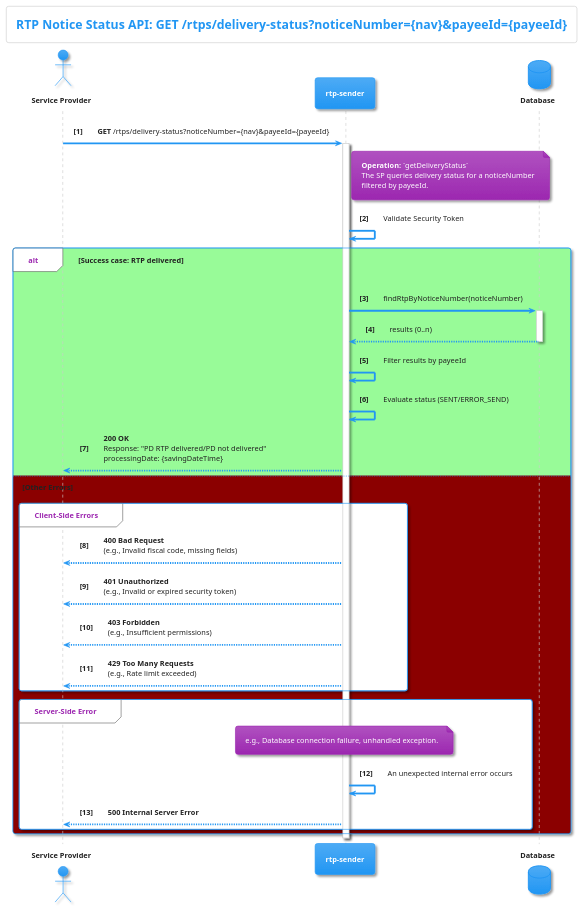
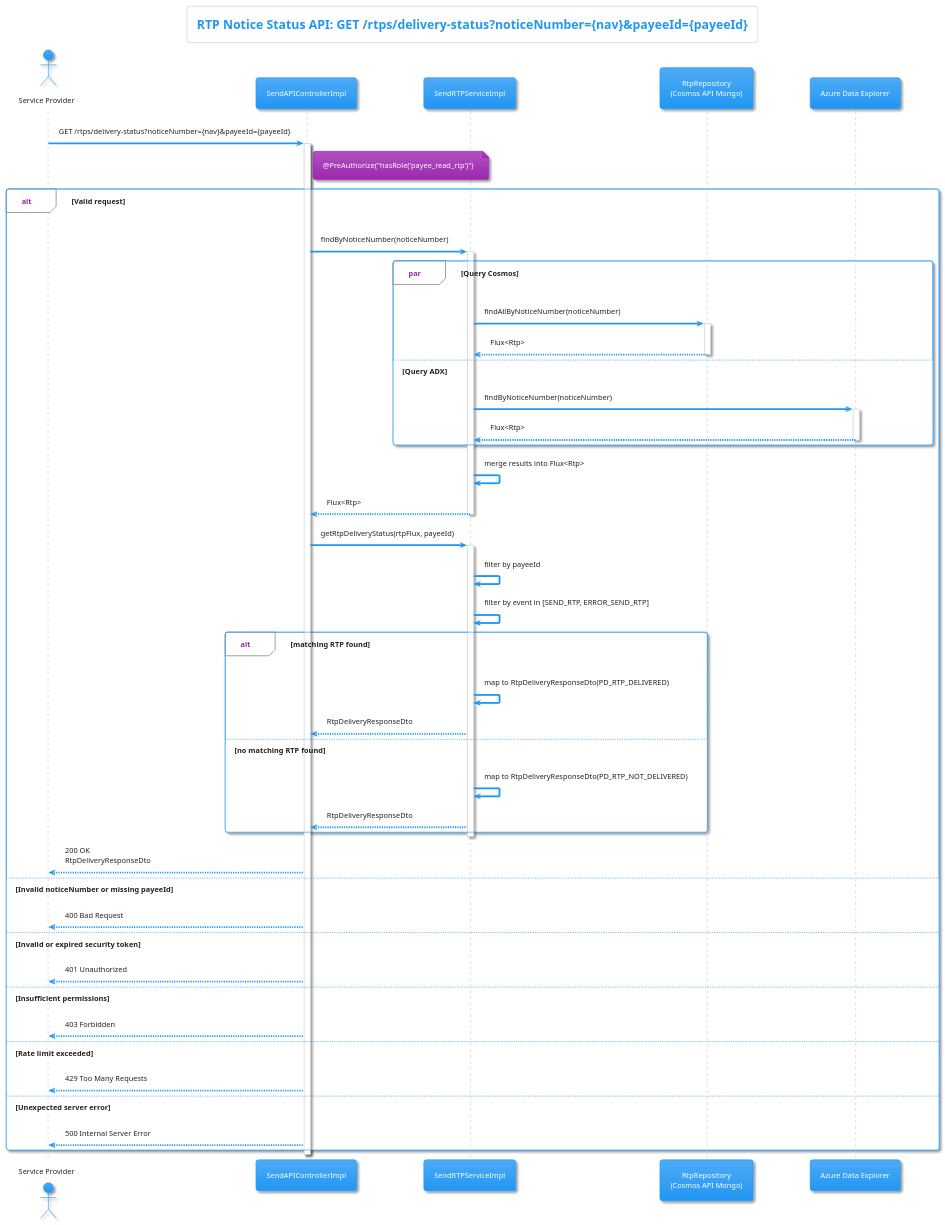
The diagram in diagrams/get-delivery-status.puml (pagopa/rtp-docs), drawn with PlantUML before and after one commit. The commit also changed 3 other files, not shown here.

First line of the commit message:
feat: [SRTP-1674] update dr azure data explorer (#41)

```diff
--- a/diagrams/get-delivery-status.puml
+++ b/diagrams/get-delivery-status.puml
@@ -1,60 +1,73 @@
 @startuml
-' PlantUML Diagram for GET Delivery Status API
-' Title: RTP Delivery Status Sequence Diagram
-' Version: 1.0.0
-' Description: GET /rtps/delivery-status?noticeNumber={nav}&payeeId={payeeId}
-'              Returns delivery status + RTP processing date (send date)
 
 !theme materia
 
 title RTP Notice Status API: GET /rtps/delivery-status?noticeNumber={nav}&payeeId={payeeId}
 
-actor "**Service Provider**" as SP
-participant "**rtp-sender**" as RS
-database "**Database**" as DB
+actor "Service Provider" as Client
+participant "SendAPIControllerImpl" as Controller
+participant "SendRTPServiceImpl" as Service
+participant "RtpRepository\n(Cosmos API Mongo)" as Repository
+participant "Azure Data Explorer" as ADX
 
-autonumber "<b>[0]"
+Client -> Controller : GET /rtps/delivery-status?noticeNumber={nav}&payeeId={payeeId}
+activate Controller
+note right of Controller : @PreAuthorize("hasRole('payee_read_rtp')")
 
-SP -> RS: **GET** /rtps/delivery-status?noticeNumber={nav}&payeeId={payeeId}
-activate RS
+alt Valid request
 
-note right of RS
-  **Operation:** `getDeliveryStatus`
-  The SP queries delivery status for a noticeNumber
-  filtered by payeeId.
-end note
+    Controller -> Service : findByNoticeNumber(noticeNumber)
+    activate Service
 
-RS -> RS: Validate Security Token
+    par Query Cosmos
+        Service -> Repository : findAllByNoticeNumber(noticeNumber)
+        activate Repository
+        Repository --> Service : Flux<Rtp>
+        deactivate Repository
+    else Query ADX
+        Service -> ADX : findByNoticeNumber(noticeNumber)
+        activate ADX
+        ADX --> Service : Flux<Rtp>
+        deactivate ADX
+    end
 
-alt #palegreen **Success case: RTP delivered**
+    Service -> Service : merge results into Flux<Rtp>
+    Service --> Controller : Flux<Rtp>
+    deactivate Service
 
-    RS -> DB: findRtpByNoticeNumber(noticeNumber)
-    activate DB
-    DB --> RS: results (0..n)
-    deactivate DB
+    Controller -> Service : getRtpDeliveryStatus(rtpFlux, payeeId)
+    activate Service
+    Service -> Service : filter by payeeId
+    Service -> Service : filter by event in [SEND_RTP, ERROR_SEND_RTP]
 
-    RS -> RS: Filter results by payeeId
-    RS -> RS: Evaluate status (SENT/ERROR_SEND)
+    alt matching RTP found
+        Service -> Service : map to RtpDeliveryResponseDto(PD_RTP_DELIVERED)
+        Service --> Controller : RtpDeliveryResponseDto
+    else no matching RTP found
+        Service -> Service : map to RtpDeliveryResponseDto(PD_RTP_NOT_DELIVERED)
+        Service --> Controller : RtpDeliveryResponseDto
+    end
 
-    RS --> SP: **200 OK**\nResponse: "PD RTP delivered/PD not delivered"\nprocessingDate: {savingDateTime}
+    deactivate Service
+    Controller --> Client : 200 OK\nRtpDeliveryResponseDto
 
-else #darkred **Other Errors**
+else Invalid noticeNumber or missing payeeId
+    Controller --> Client : 400 Bad Request
 
-    group Client-Side Errors
-        RS --> SP: **400 Bad Request**\n(e.g., Invalid fiscal code, missing fields)
-        RS --> SP: **401 Unauthorized**\n(e.g., Invalid or expired security token)
-        RS --> SP: **403 Forbidden**\n(e.g., Insufficient permissions)
-        RS --> SP: **429 Too Many Requests**\n(e.g., Rate limit exceeded)
-    end group
+else Invalid or expired security token
+    Controller --> Client : 401 Unauthorized
 
-    group Server-Side Error
-         note over RS: e.g., Database connection failure, unhandled exception.
-         RS -> RS: An unexpected internal error occurs
-         RS --> SP: **500 Internal Server Error**
-    end group
+else Insufficient permissions
+    Controller --> Client : 403 Forbidden
+
+else Rate limit exceeded
+    Controller --> Client : 429 Too Many Requests
+
+else Unexpected server error
+    Controller --> Client : 500 Internal Server Error
 
 end
 
-deactivate RS
+deactivate Controller
 
 @enduml
```
